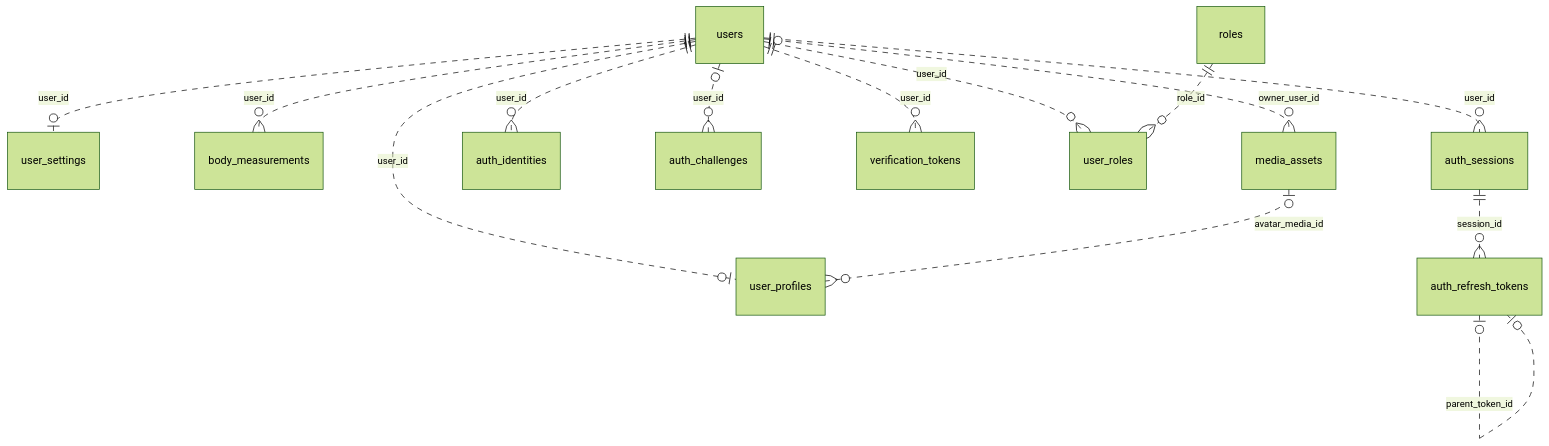
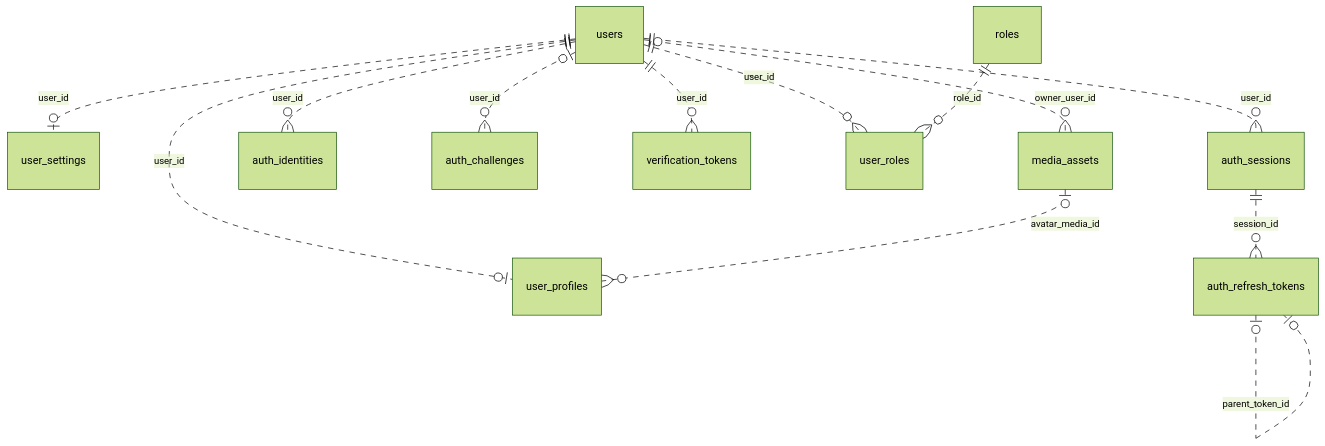
Before and after one commit to MohamedHamdy2003/Motion-Fitness-Platform: the first of 8 diagrams in Motion_Backend_Plan.md, drawn with Mermaid (forest theme). The commit also changed other lines of this file and 10 other files, not shown here.

````diff
--- a/Motion_Backend_Plan.md
+++ b/Motion_Backend_Plan.md
@@ -280,16 +280,15 @@
 ```mermaid
 erDiagram
     users ||..o| user_profiles : user_id
     users ||..o| user_settings : user_id
-    users ||..o{ body_measurements : user_id
     users ||..o{ auth_sessions : user_id
     auth_sessions ||..o{ auth_refresh_tokens : session_id
     auth_refresh_tokens o|..o| auth_refresh_tokens : parent_token_id
     users ||..o{ auth_identities : user_id
     users o|..o{ auth_challenges : user_id
     users ||..o{ verification_tokens : user_id
     users ||..o{ user_roles : user_id
     roles ||..o{ user_roles : role_id
     users o|..o{ media_assets : owner_user_id
     media_assets o|..o{ user_profiles : avatar_media_id
 ```
````
